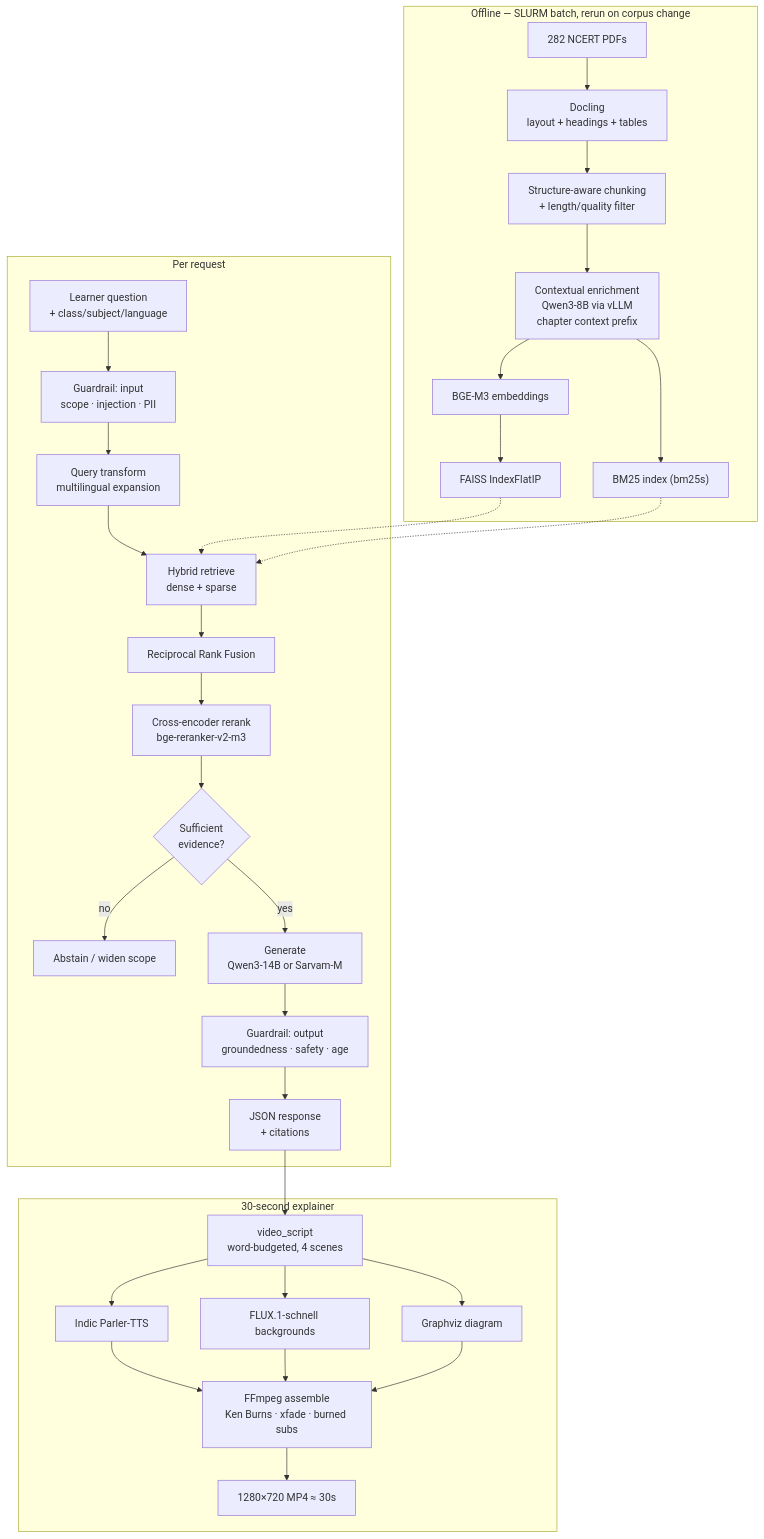
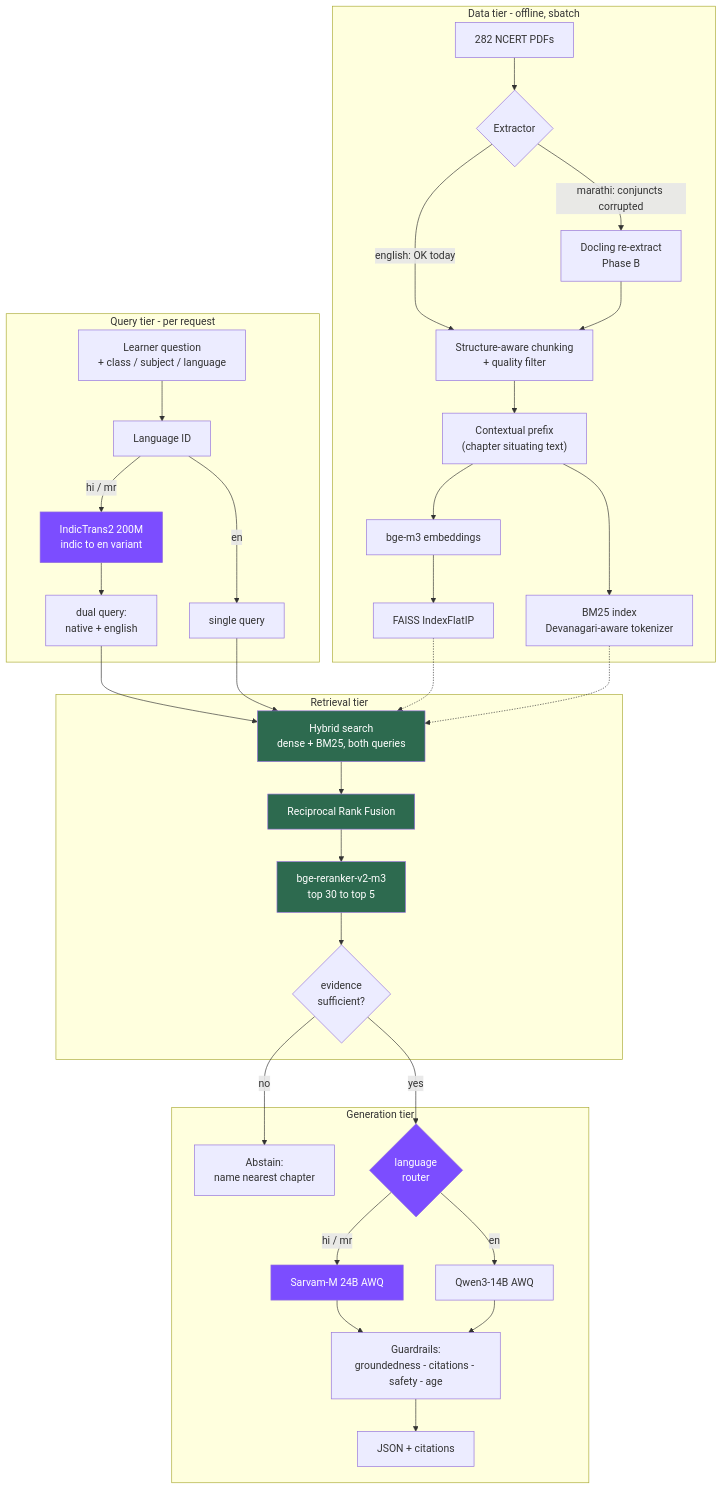
One commit to Aditya08Vashisht/AI_Story_Writer changed the diagram in plan.md. Above: the diagram before and after it, drawn with Mermaid. The commit also changed other lines of this file, not shown here.

First line of the commit message:
docs: rewrite plan.md around measured state and language-aware architecture

````diff
--- a/plan.md
+++ b/plan.md
@@ -56,38 +62,48 @@
 ```mermaid
 flowchart TD
-    subgraph Offline["Offline — SLURM batch, rerun on corpus change"]
-        PDF["282 NCERT PDFs"] --> DOC["Docling<br/>layout + headings + tables"]
-        DOC --> CHK["Structure-aware chunking<br/>+ length/quality filter"]
-        CHK --> CTX["Contextual enrichment<br/>Qwen3-8B via vLLM<br/>chapter context prefix"]
-        CTX --> EMB["BGE-M3 embeddings"]
-        CTX --> BM["BM25 index (bm25s)"]
+    subgraph Data["Data tier - offline, sbatch"]
+        PDF["282 NCERT PDFs"] --> EXT{"Extractor"}
+        EXT -->|"english: OK today"| CHK
+        EXT -->|"marathi: conjuncts corrupted"| DOC["Docling re-extract<br/>Phase B"]
+        DOC --> CHK["Structure-aware chunking<br/>+ quality filter"]
+        CHK --> CTX["Contextual prefix<br/>(chapter situating text)"]
+        CTX --> EMB["bge-m3 embeddings"]
+        CTX --> BM["BM25 index<br/>Devanagari-aware tokenizer"]
         EMB --> FA["FAISS IndexFlatIP"]
     end
 
-    subgraph Query["Per request"]
-        Q["Learner question<br/>+ class/subject/language"] --> GIN["Guardrail: input<br/>scope · injection · PII"]
-        GIN --> QT["Query transform<br/>multilingual expansion"]
-        QT --> HYB["Hybrid retrieve<br/>dense + sparse"]
-        HYB --> RRF["Reciprocal Rank Fusion"]
-        RRF --> RR["Cross-encoder rerank<br/>bge-reranker-v2-m3"]
-        RR --> GRD{"Sufficient<br/>evidence?"}
-        GRD -- no --> ABST["Abstain / widen scope"]
-        GRD -- yes --> GEN["Generate<br/>Qwen3-14B or Sarvam-M"]
-        GEN --> GOUT["Guardrail: output<br/>groundedness · safety · age"]
-        GOUT --> RESP["JSON response<br/>+ citations"]
+    subgraph Query["Query tier - per request"]
+        Q["Learner question<br/>+ class / subject / language"] --> LID["Language ID"]
+        LID -->|"hi / mr"| TRANS["IndicTrans2 200M<br/>indic to en variant"]
+        LID -->|"en"| SINGLE["single query"]
+        TRANS --> DUAL["dual query:<br/>native + english"]
     end
 
-    subgraph Video["30-second explainer"]
-        RESP --> VS["video_script<br/>word-budgeted, 4 scenes"]
-        VS --> TTS["Indic Parler-TTS"]
-        VS --> IMG["FLUX.1-schnell backgrounds"]
-        VS --> DIA["Graphviz diagram"]
-        TTS --> FF["FFmpeg assemble<br/>Ken Burns · xfade · burned subs"]
-        IMG --> FF
-        DIA --> FF
-        FF --> MP4["1280×720 MP4 ≈ 30s"]
+    subgraph Retrieval["Retrieval tier"]
+        DUAL --> HYB["Hybrid search<br/>dense + BM25, both queries"]
+        SINGLE --> HYB
+        HYB --> RRF["Reciprocal Rank Fusion"]
+        RRF --> RR["bge-reranker-v2-m3<br/>top 30 to top 5"]
+        RR --> GATE{"evidence<br/>sufficient?"}
+    end
+
+    subgraph Gen["Generation tier"]
+        GATE -->|"no"| ABST["Abstain:<br/>name nearest chapter"]
+        GATE -->|"yes"| ROUTE{"language<br/>router"}
+        ROUTE -->|"hi / mr"| SARVAM["Sarvam-M 24B AWQ"]
+        ROUTE -->|"en"| QWEN["Qwen3-14B AWQ"]
+        SARVAM --> GUARD
+        QWEN --> GUARD["Guardrails:<br/>groundedness - citations - safety - age"]
+        GUARD --> RESP["JSON + citations"]
     end
 
     FA -.-> HYB
     BM -.-> HYB
+
+    style RR fill:#2d6a4f,color:#fff
+    style HYB fill:#2d6a4f,color:#fff
+    style RRF fill:#2d6a4f,color:#fff
+    style TRANS fill:#7c4dff,color:#fff
+    style ROUTE fill:#7c4dff,color:#fff
+    style SARVAM fill:#7c4dff,color:#fff
 ```
````
